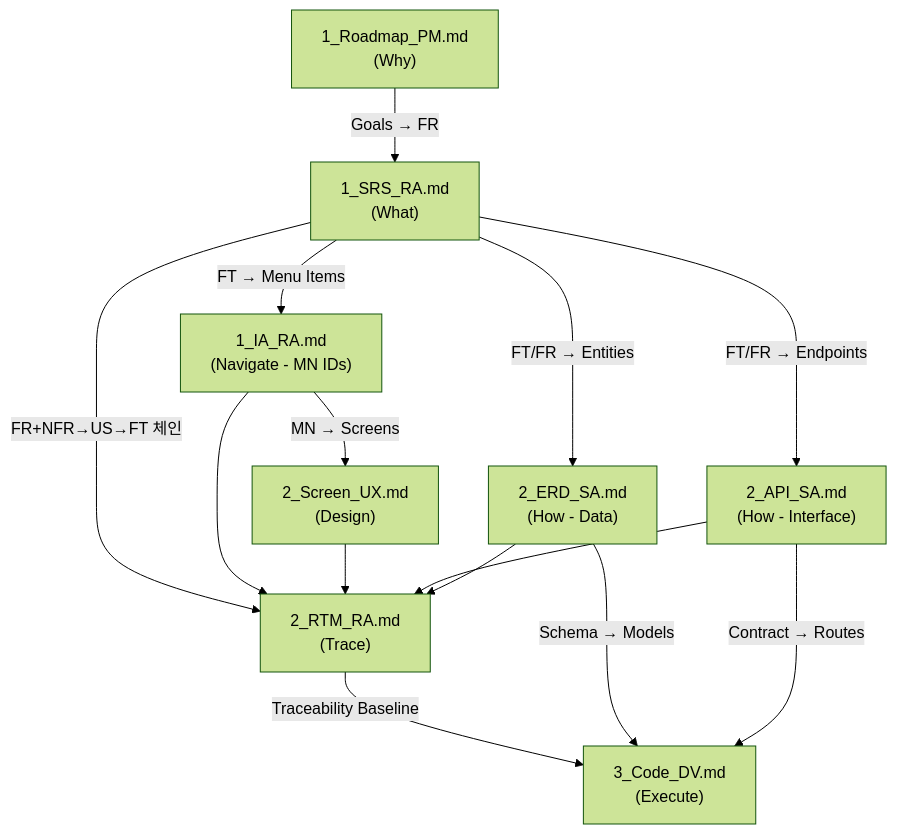
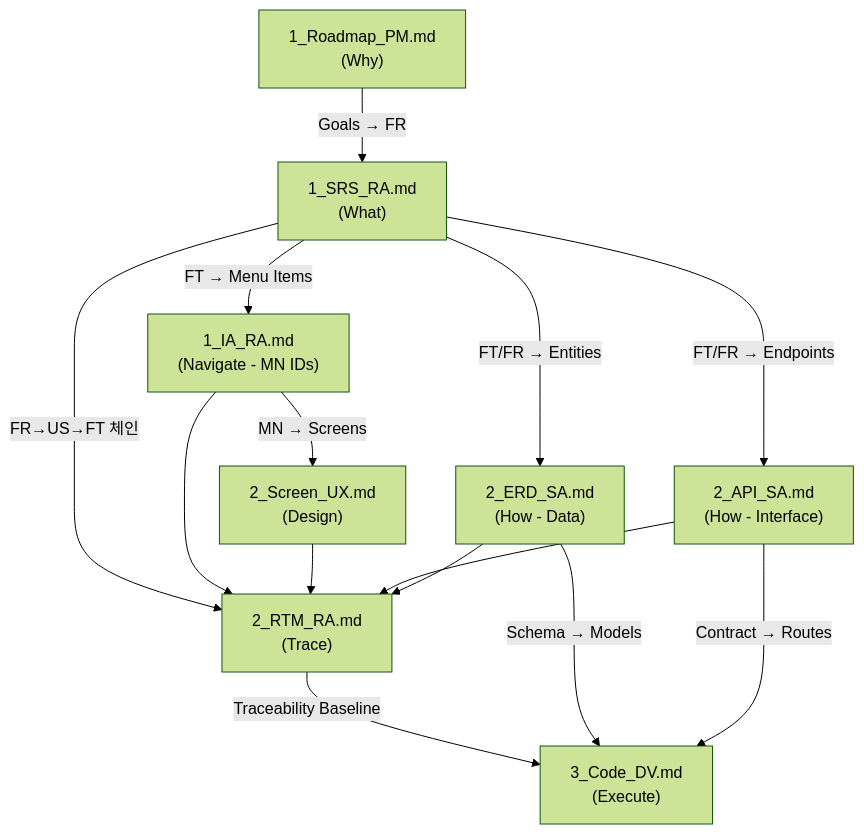
The first of 4 diagrams in _refer/traceability-matrix.md (upleat-ax/u-maker-plugin), drawn with Mermaid (forest theme) before and after one commit. The commit also changed other lines of this file and 18 other files, not shown here.

````diff
--- a/_refer/traceability-matrix.md
+++ b/_refer/traceability-matrix.md
@@ -25,25 +25,25 @@
 ```mermaid
 flowchart TD
     ROADMAP["1_Roadmap_PM.md\n(Why)"]
     SRS["1_SRS_RA.md\n(What)"]
     IA["1_IA_RA.md\n(Navigate - MN IDs)"]
     SCREEN["2_Screen_UX.md\n(Design)"]
     ERD["2_ERD_SA.md\n(How - Data)"]
     API["2_API_SA.md\n(How - Interface)"]
     RTM["2_RTM_RA.md\n(Trace)"]
     CODE["3_Code_DV.md\n(Execute)"]
 
     ROADMAP -->|Goals → FR| SRS
     SRS -->|FT → Menu Items| IA
     IA -->|MN → Screens| SCREEN
     SRS -->|FT/FR → Entities| ERD
     SRS -->|FT/FR → Endpoints| API
-    SRS -->|FR+NFR→US→FT 체인| RTM
+    SRS -->|FR→US→FT 체인| RTM
     IA --> RTM
     SCREEN --> RTM
     API --> RTM
     ERD --> RTM
     RTM -->|Traceability Baseline| CODE
     ERD -->|Schema → Models| CODE
     API -->|Contract → Routes| CODE
 ```
````
